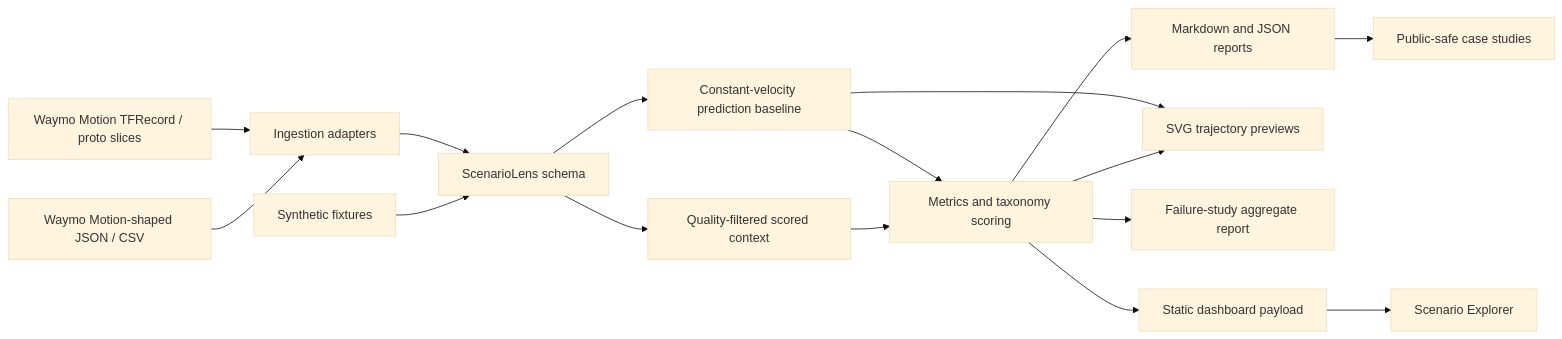
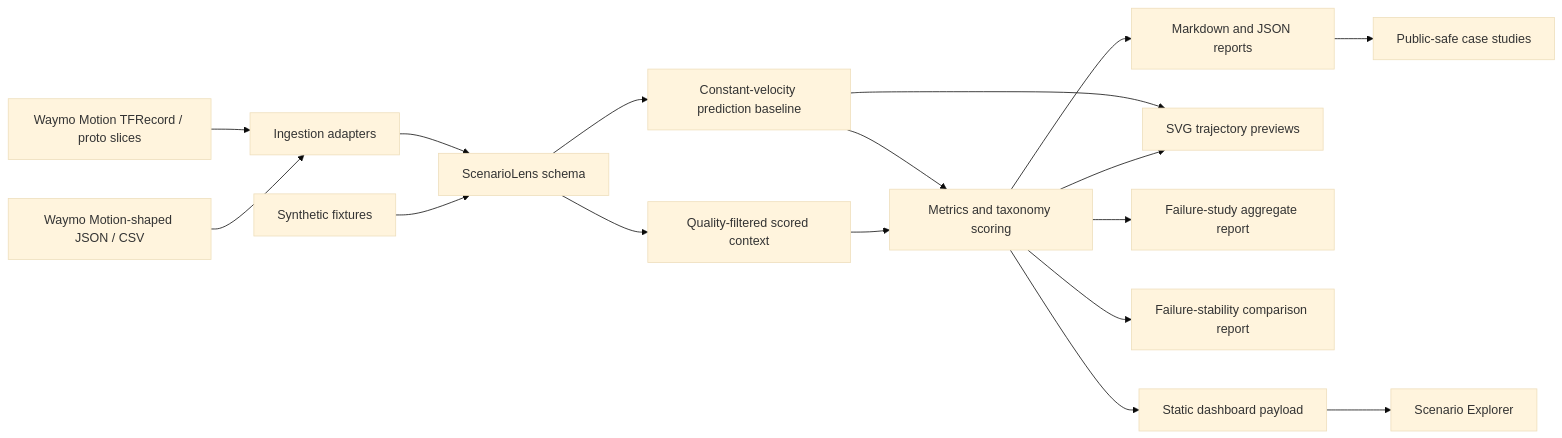
The diagram in docs/architecture.md (ethanvillalovoz/scenariolens), drawn with Mermaid (base theme) before and after one commit. The commit also changed other lines of this file and 16 other files, not shown here.

Commit message:
Add failure distribution stability study

````diff
--- a/docs/architecture.md
+++ b/docs/architecture.md
@@ -5,18 +5,19 @@
 ```mermaid
 flowchart LR
     A["Synthetic fixtures"] --> D["ScenarioLens schema"]
     B["Waymo Motion-shaped JSON / CSV"] --> C["Ingestion adapters"]
     M["Waymo Motion TFRecord / proto slices"] --> C
     C --> D
     D --> E["Quality-filtered scored context"]
     D --> P["Constant-velocity prediction baseline"]
     E --> F["Metrics and taxonomy scoring"]
     P --> F
     F --> G["Markdown and JSON reports"]
     F --> H["SVG trajectory previews"]
     P --> H
     F --> L["Failure-study aggregate report"]
+    F --> N["Failure-stability comparison report"]
     F --> I["Static dashboard payload"]
     I --> J["Scenario Explorer"]
     G --> K["Public-safe case studies"]
 ```
````
